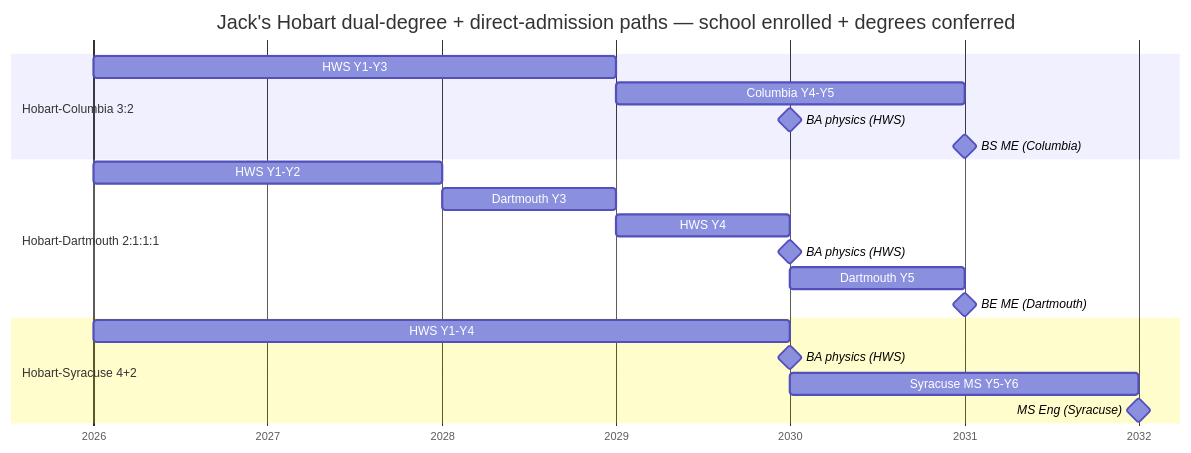
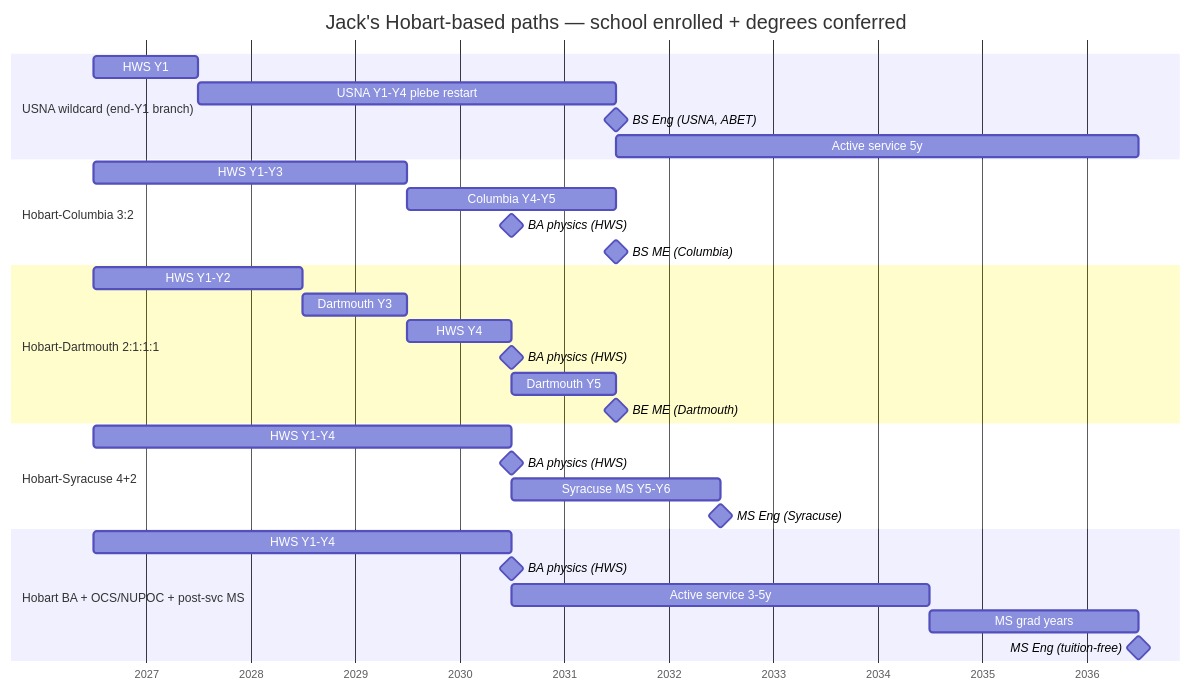
Before and after one commit to GaryRudolph/college: the diagram in hobart-plan.md, drawn with Mermaid. The commit also changed other lines of this file and 2 other files, not shown here.

Commit message:
lock in Hobart decision; add USNA + 2g to paths-at-a-glance
- reframe README from pre-decision 3-way comparison (WPI/Hobart/UBC) to
  Hobart execution with decision banner, backdrop (D1 rowing + Ivy
  optionality + engineering degree), and what's-next timeline tied to
  May 2026 AP exams, mid-July score release, and August 2026 Physics
  Dept. placement meeting
- archive the 3-way framework in decision-historical.md: pre-decision
  comparison table, cost model with all three schools, why-not-WPI /
  why-not-UBC rationale, pre-decision military framing, and WPI/UBC
  curriculum-fit content
- expand hobart-plan.md paths-at-a-glance: add USNA wildcard (end-Y1
  branch if admitted; plebe restart, Class of 2031) and Option 2g
  (Hobart BA + OCS/NUPOC + post-service MS) to the Mermaid gantt and
  summary table; add a military-paths detail subsection explaining
  both commissioning timings (NUPOC vs. post-grad OCS) and confirming
  neither path requires Hobart Y1-Y4 schedule changes
- shift gantt to YYYY-MM-DD with July 1 starts so bars render mid-year
  visually; reorder Columbia milestones so BS ME renders inline

````diff
--- a/hobart-plan.md
+++ b/hobart-plan.md
@@ -15,23 +15,34 @@
 ```mermaid
 gantt
-  title Jack's Hobart dual-degree + direct-admission paths — school enrolled + degrees conferred
-  dateFormat  YYYY
+  title Jack's Hobart-based paths — school enrolled + degrees conferred
+  dateFormat  YYYY-MM-DD
   axisFormat  %Y
+  section USNA wildcard (end-Y1 branch)
+  HWS Y1                    :u1, 2026-07-01, 1y
+  USNA Y1-Y4 plebe restart  :u2, after u1, 4y
+  BS Eng (USNA, ABET)       :milestone, mu1, after u2, 0d
+  Active service 5y         :u3, after u2, 5y
   section Hobart-Columbia 3:2
-  HWS Y1-Y3           :c1, 2026, 3y
+  HWS Y1-Y3           :c1, 2026-07-01, 3y
   Columbia Y4-Y5      :c2, after c1, 2y
-  BA physics (HWS)    :milestone, m2a1, 2030, 0d
+  BA physics (HWS)    :milestone, m2a1, 2030-07-01, 0d
   BS ME (Columbia)    :milestone, m2a2, after c2, 0d
   section Hobart-Dartmouth 2:1:1:1
-  HWS Y1-Y2           :d1, 2026, 2y
+  HWS Y1-Y2           :d1, 2026-07-01, 2y
   Dartmouth Y3        :d2, after d1, 1y
   HWS Y4              :d3, after d2, 1y
   BA physics (HWS)    :milestone, m2b1, after d3, 0d
   Dartmouth Y5        :d4, after d3, 1y
   BE ME (Dartmouth)   :milestone, m2b2, after d4, 0d
   section Hobart-Syracuse 4+2
-  HWS Y1-Y4           :s1, 2026, 4y
+  HWS Y1-Y4           :s1, 2026-07-01, 4y
   BA physics (HWS)    :milestone, m2e1, after s1, 0d
   Syracuse MS Y5-Y6   :s2, after s1, 2y
   MS Eng (Syracuse)   :milestone, m2e2, after s2, 0d
+  section Hobart BA + OCS/NUPOC + post-svc MS
+  HWS Y1-Y4           :g1, 2026-07-01, 4y
+  BA physics (HWS)    :milestone, m2g1, after g1, 0d
+  Active service 3-5y :g2, after g1, 4y
+  MS grad years       :g3, after g2, 2y
+  MS Eng (tuition-free) :milestone, m2g2, after g3, 0d
 ```
````
